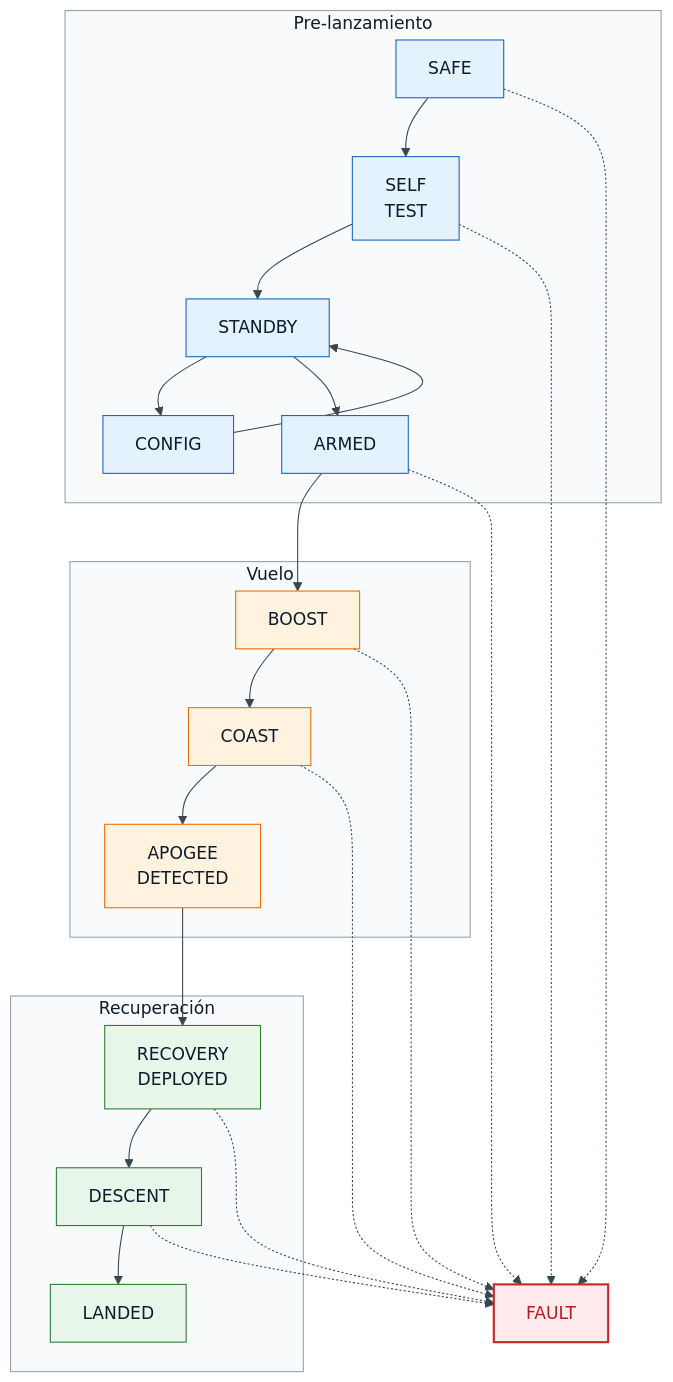
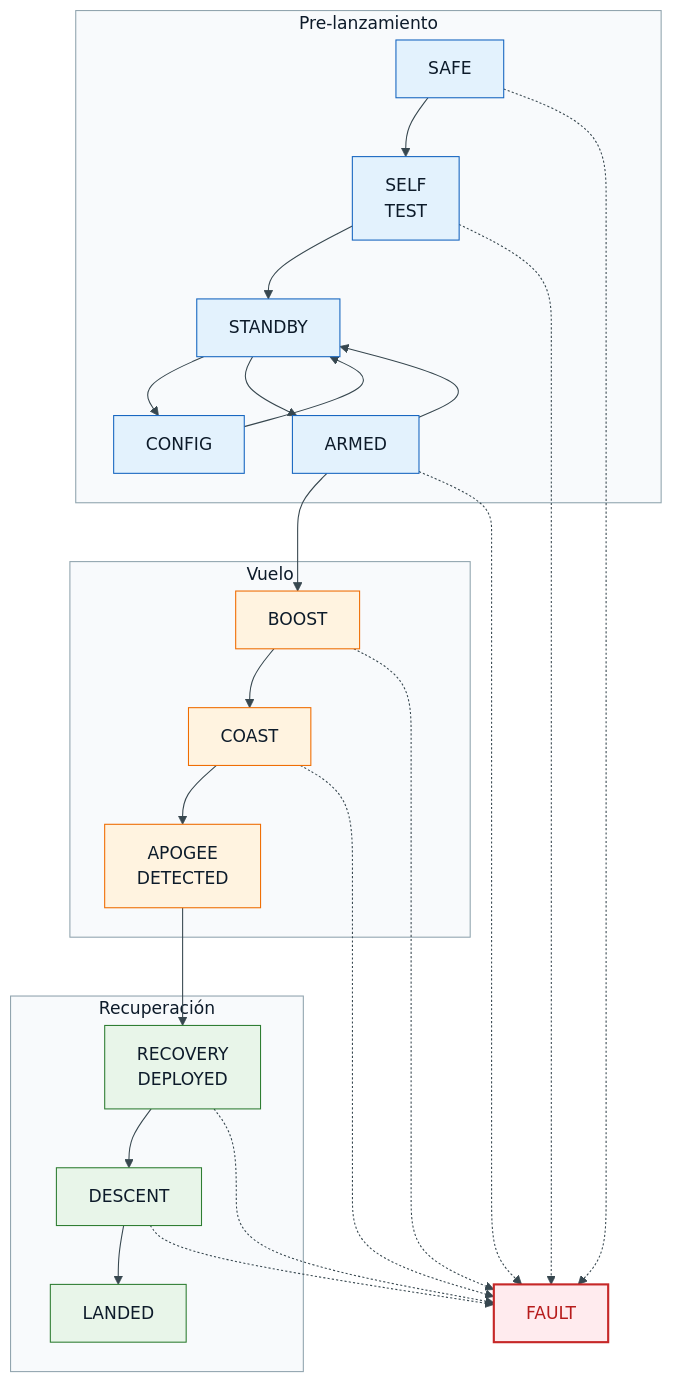
The first of 2 diagrams in docs/Controladora De Vuelo V2/Firmware/conops.md (cdealbagtz/TheRocketProject), drawn with Mermaid before and after one commit. The commit also changed other lines of this file and 3 other files, not shown here.

````diff
--- a/docs/Controladora De Vuelo V2/Firmware/conops.md
+++ b/docs/Controladora De Vuelo V2/Firmware/conops.md
@@ -142,78 +140,79 @@
 ```mermaid
 %%{init: {
   "theme": "base",
   "flowchart": {
     "htmlLabels": true,
     "curve": "basis",
     "nodeSpacing": 45,
     "rankSpacing": 55
   },
   "themeVariables": {
     "background": "#ffffff",
     "mainBkg": "#ffffff",
     "fontFamily": "Roboto, Arial, sans-serif",
     "fontSize": "16px",
 
     "primaryColor": "#e3f2fd",
     "primaryTextColor": "#0d1b2a",
     "primaryBorderColor": "#1565c0",
 
     "secondaryColor": "#fff3e0",
     "secondaryTextColor": "#0d1b2a",
     "secondaryBorderColor": "#ef6c00",
 
     "tertiaryColor": "#e8f5e9",
     "tertiaryTextColor": "#0d1b2a",
     "tertiaryBorderColor": "#2e7d32",
 
     "lineColor": "#37474f",
     "textColor": "#0d1b2a",
     "titleColor": "#0d1b2a",
     "edgeLabelBackground": "#ffffff",
 
     "clusterBkg": "#f8fafc",
     "clusterBorder": "#90a4ae"
   }
 }}%%
 
 flowchart TB
 
     subgraph PRE["Pre-lanzamiento"]
         SAFE["SAFE"] --> SELF["SELF<br/>TEST"]
         SELF --> STBY["STANDBY"]
         STBY --> CONF["CONFIG"]
         CONF --> STBY
         STBY --> ARMED["ARMED"]
     end
 
     subgraph FLIGHT["Vuelo"]
         BOOST["BOOST"] --> COAST["COAST"]
         COAST --> APOGEE["APOGEE<br/>DETECTED"]
     end
 
     subgraph RECOVERY["Recuperación"]
         RECOVERY_DEPLOYED["RECOVERY<br/>DEPLOYED"] --> DESCENT["DESCENT"]
         DESCENT --> LANDED["LANDED"]
     end
 
     ARMED --> BOOST
+    ARMED --> STBY
     APOGEE --> RECOVERY_DEPLOYED
 
     SAFE -.-> FAULT["FAULT"]
     SELF -.-> FAULT
     ARMED -.-> FAULT
     BOOST -.-> FAULT
     COAST -.-> FAULT
     DESCENT -.-> FAULT
     RECOVERY_DEPLOYED -.-> FAULT
 
     classDef normal fill:#e3f2fd,stroke:#1565c0,stroke-width:1px,color:#0d1b2a;
     classDef flight fill:#fff3e0,stroke:#ef6c00,stroke-width:1px,color:#0d1b2a;
     classDef recovery fill:#e8f5e9,stroke:#2e7d32,stroke-width:1px,color:#0d1b2a;
     classDef fault fill:#ffebee,stroke:#c62828,stroke-width:2px,color:#b71c1c;
 
     class SAFE,SELF,STBY,CONF,ARMED normal;
     class BOOST,COAST,APOGEE flight;
     class RECOVERY_DEPLOYED,DESCENT,LANDED,POST recovery;
     class FAULT fault;
 ```
````
